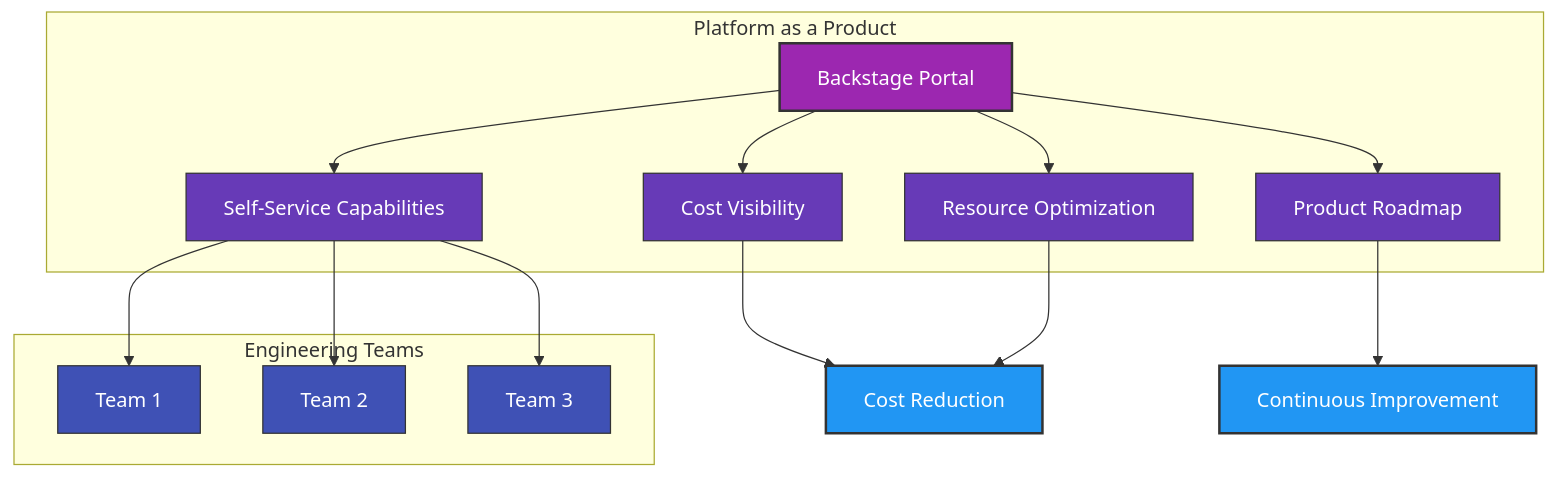
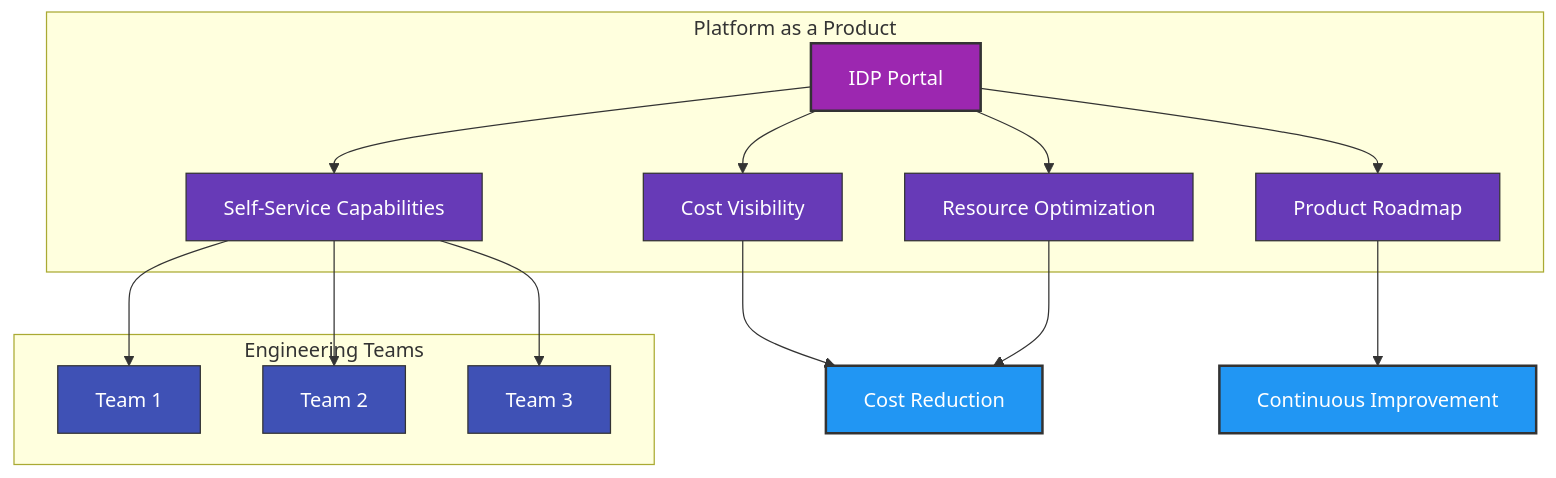
Before and after one commit to mrCDray/my-testing-repo: the second of 4 diagrams in notes.md, drawn with Mermaid. The commit also changed other lines of this file, not shown here.

````diff
--- a/notes.md
+++ b/notes.md
@@ -70,35 +75,35 @@
 ```mermaid
 graph TD
     subgraph "Platform as a Product"
-        A[Backstage Portal] --> B[Self-Service Capabilities]
+        A[IDP Portal] --> B[Self-Service Capabilities]
         A --> C[Cost Visibility]
         A --> D[Resource Optimization]
         A --> E[Product Roadmap]
     end
     
     subgraph "Engineering Teams"
         F[Team 1]
         G[Team 2]
         H[Team 3]
     end
     
     B --> F
     B --> G
     B --> H
     
     C --> I[Cost Reduction]
     D --> I
     
     E --> J[Continuous Improvement]
     
     style A fill:#9C27B0,stroke:#333,stroke-width:2px,color:white
     style B fill:#673AB7,stroke:#333,stroke-width:1px,color:white
     style C fill:#673AB7,stroke:#333,stroke-width:1px,color:white
     style D fill:#673AB7,stroke:#333,stroke-width:1px,color:white
     style E fill:#673AB7,stroke:#333,stroke-width:1px,color:white
     style F fill:#3F51B5,stroke:#333,stroke-width:1px,color:white
     style G fill:#3F51B5,stroke:#333,stroke-width:1px,color:white
     style H fill:#3F51B5,stroke:#333,stroke-width:1px,color:white
     style I fill:#2196F3,stroke:#333,stroke-width:2px,color:white
     style J fill:#2196F3,stroke:#333,stroke-width:2px,color:white
 ```
````
